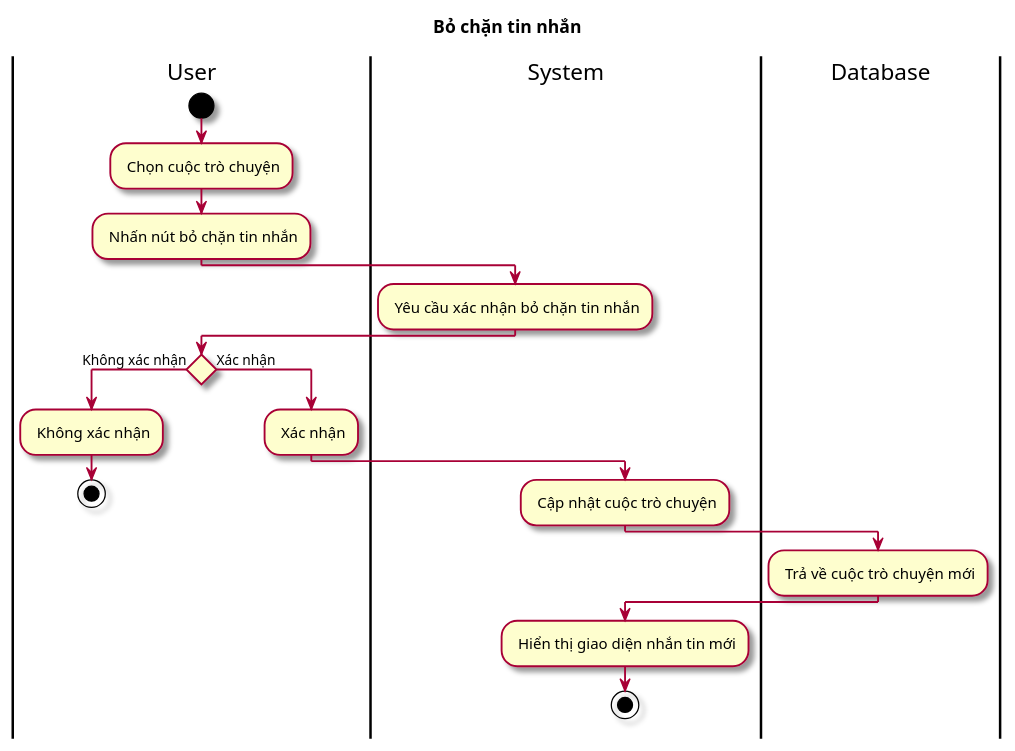
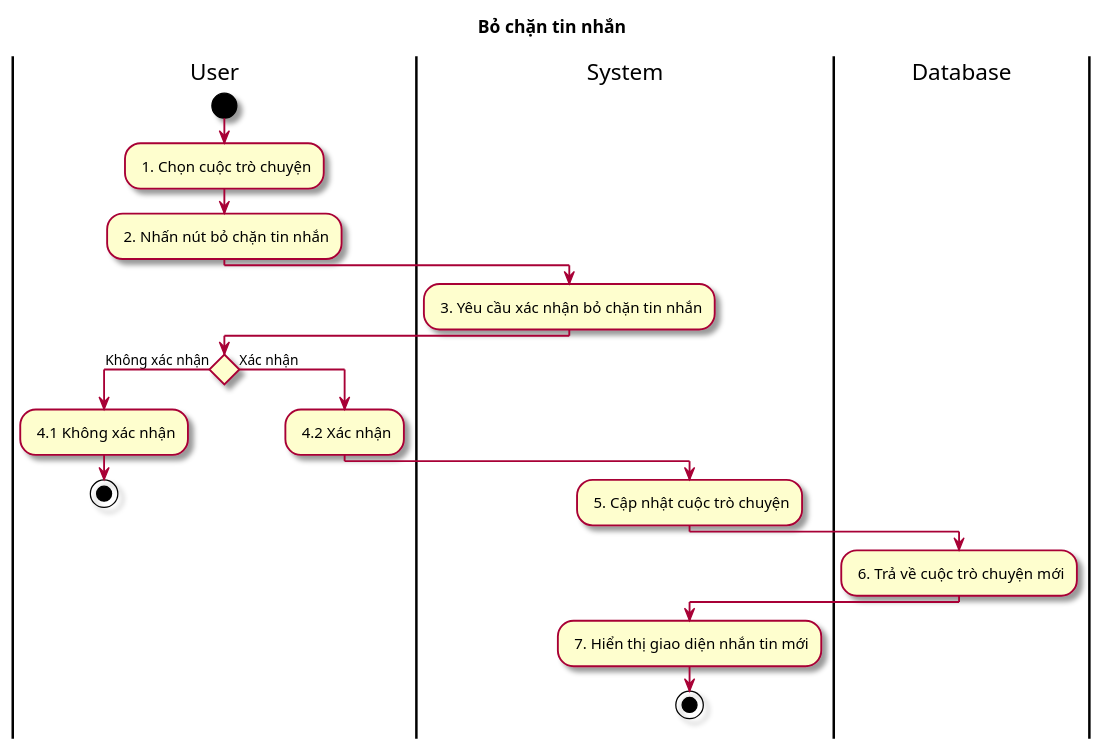
Before and after one commit to Griselda4774/EAS-EmploymentAssistanceSystem: the diagram in Lab1/Lab 1.2 Diagram/Activity/FileUML/11.6. ActBoChanTinNhan.puml, drawn with PlantUML. The commit also changed 44 other files, not shown here.

Commit message:
update act diagram

```diff
--- a/Lab1/Lab 1.2 Diagram/Activity/FileUML/11.6. ActBoChanTinNhan.puml
+++ b/Lab1/Lab 1.2 Diagram/Activity/FileUML/11.6. ActBoChanTinNhan.puml
@@ -1,25 +1,25 @@
 @startuml ActBoChanTinNhan
 
 skin rose
 title Bỏ chặn tin nhắn
 
 |User|
 start 
-: Chọn cuộc trò chuyện;
-: Nhấn nút bỏ chặn tin nhắn;
+: 1. Chọn cuộc trò chuyện;
+: 2. Nhấn nút bỏ chặn tin nhắn;
 |System|
-: Yêu cầu xác nhận bỏ chặn tin nhắn;
+: 3. Yêu cầu xác nhận bỏ chặn tin nhắn;
 |User|
 if () then (Không xác nhận)
-: Không xác nhận;
+: 4.1 Không xác nhận;
 stop
 else (Xác nhận)
-: Xác nhận;
+: 4.2 Xác nhận;
 |System|
-: Cập nhật cuộc trò chuyện;
+: 5. Cập nhật cuộc trò chuyện;
 |Database|
-: Trả về cuộc trò chuyện mới;
+: 6. Trả về cuộc trò chuyện mới;
 |System|
-: Hiển thị giao diện nhắn tin mới;
+: 7. Hiển thị giao diện nhắn tin mới;
 stop
 @enduml
```
